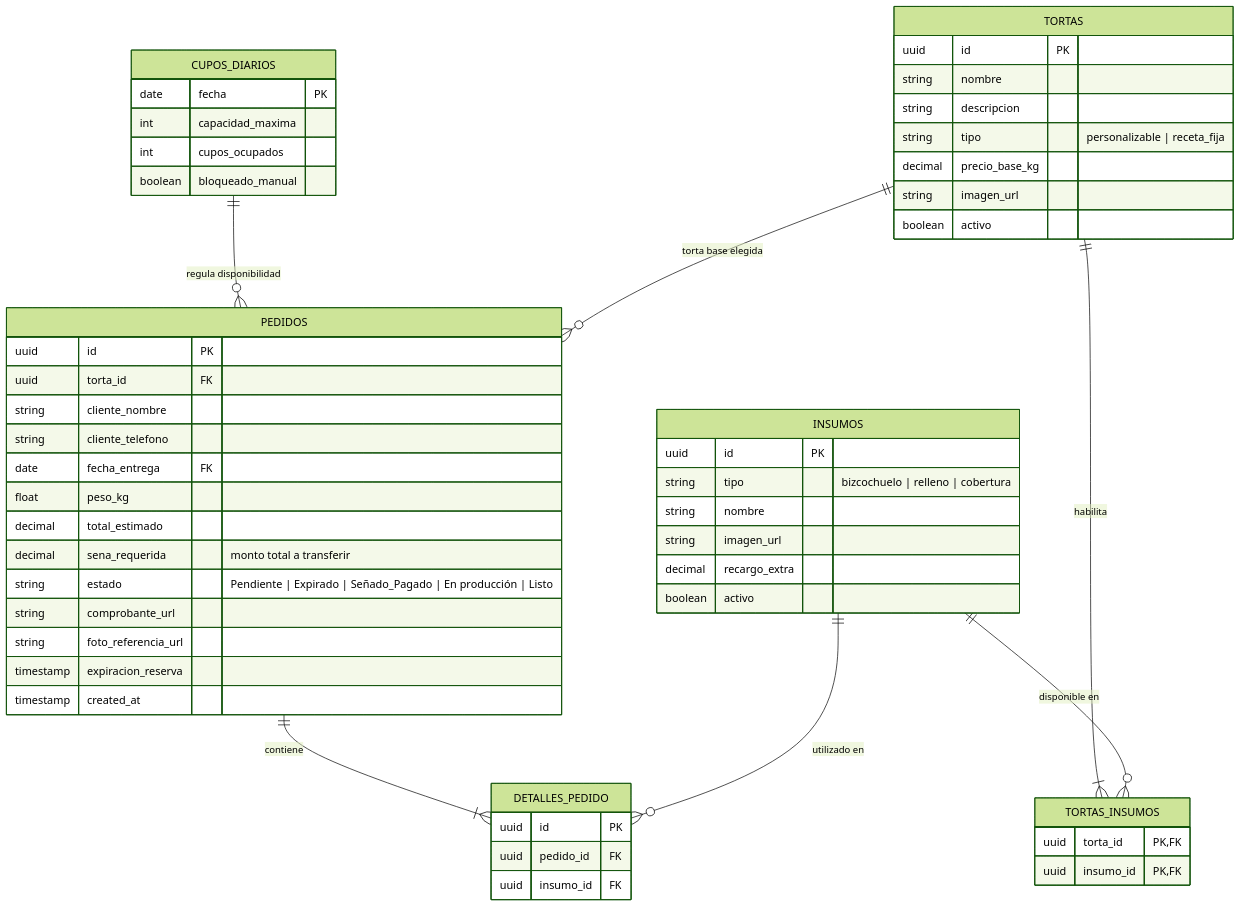
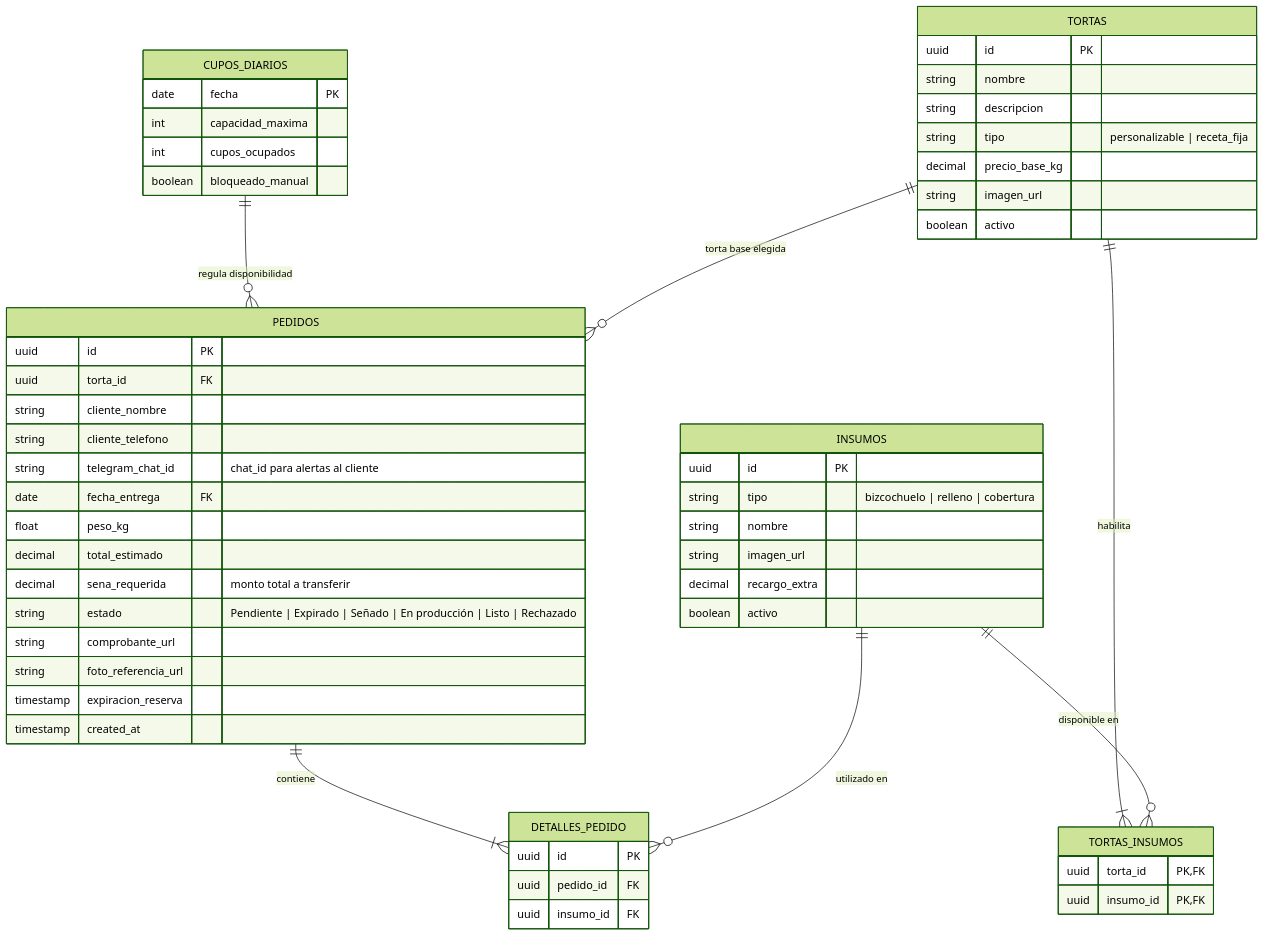
The third of 3 diagrams in docs/05-metodologia.md (til-unca-2026/pasteleria-yonatanAhumada), drawn with Mermaid (forest theme) before and after one commit. The commit also changed other lines of this file, not shown here.

Commit message:
docs: actualizar arquitectura y diagrama ER con webhook y telegram_chat_id (#18)

````diff
--- a/docs/05-metodologia.md
+++ b/docs/05-metodologia.md
@@ -143,62 +144,63 @@
 ```mermaid
 erDiagram
     CUPOS_DIARIOS {
         date fecha PK
         int capacidad_maxima
         int cupos_ocupados
         boolean bloqueado_manual
     }
 
     TORTAS {
         uuid id PK
         string nombre
         string descripcion
         string tipo "personalizable | receta_fija"
         decimal precio_base_kg
         string imagen_url
         boolean activo
     }
 
     PEDIDOS {
         uuid id PK
         uuid torta_id FK
         string cliente_nombre
         string cliente_telefono
+        string telegram_chat_id "chat_id para alertas al cliente"
         date fecha_entrega FK
         float peso_kg
         decimal total_estimado
         decimal sena_requerida "monto total a transferir"
-        string estado "Pendiente | Expirado | Señado_Pagado | En producción | Listo"
+        string estado "Pendiente | Expirado | Señado | En producción | Listo | Rechazado"
         string comprobante_url
         string foto_referencia_url
         timestamp expiracion_reserva
         timestamp created_at
     }
 
     INSUMOS {
         uuid id PK
         string tipo "bizcochuelo | relleno | cobertura"
         string nombre
         string imagen_url
         decimal recargo_extra
         boolean activo
     }
 
     DETALLES_PEDIDO {
         uuid id PK
         uuid pedido_id FK
         uuid insumo_id FK
     }
 
     TORTAS_INSUMOS {
         uuid torta_id PK,FK
         uuid insumo_id PK,FK
     }
 
     CUPOS_DIARIOS ||--o{ PEDIDOS : "regula disponibilidad"
     TORTAS ||--o{ PEDIDOS : "torta base elegida"
     TORTAS ||--|{ TORTAS_INSUMOS : "habilita"
     INSUMOS ||--o{ TORTAS_INSUMOS : "disponible en"
     PEDIDOS ||--|{ DETALLES_PEDIDO : "contiene"
     INSUMOS ||--o{ DETALLES_PEDIDO : "utilizado en"
 ```
````
